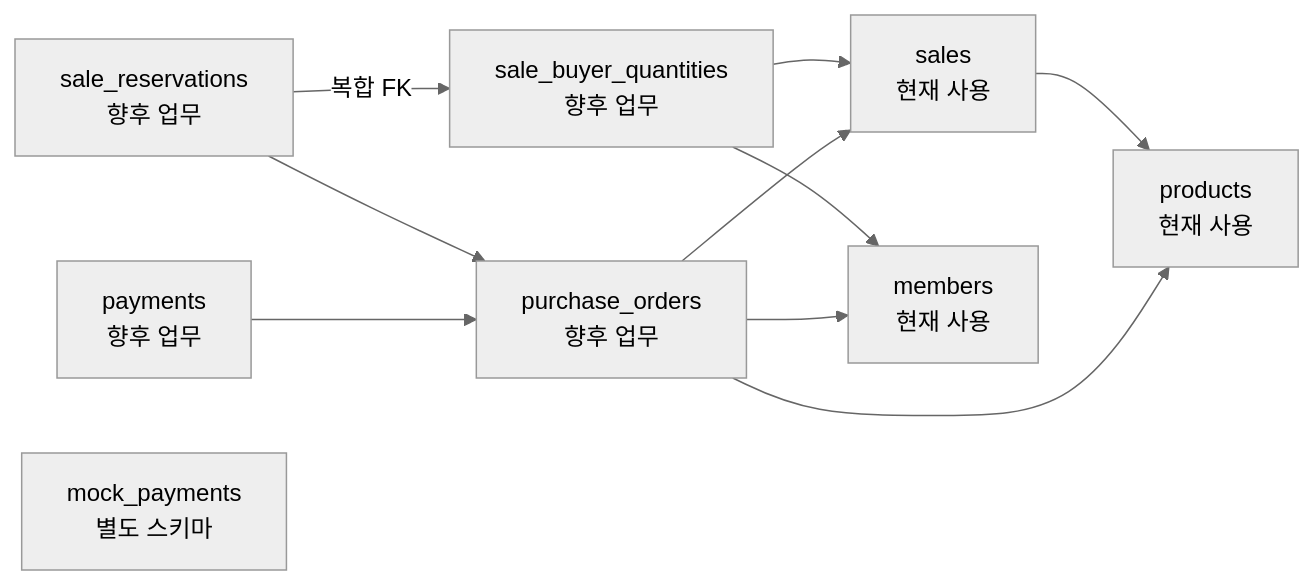
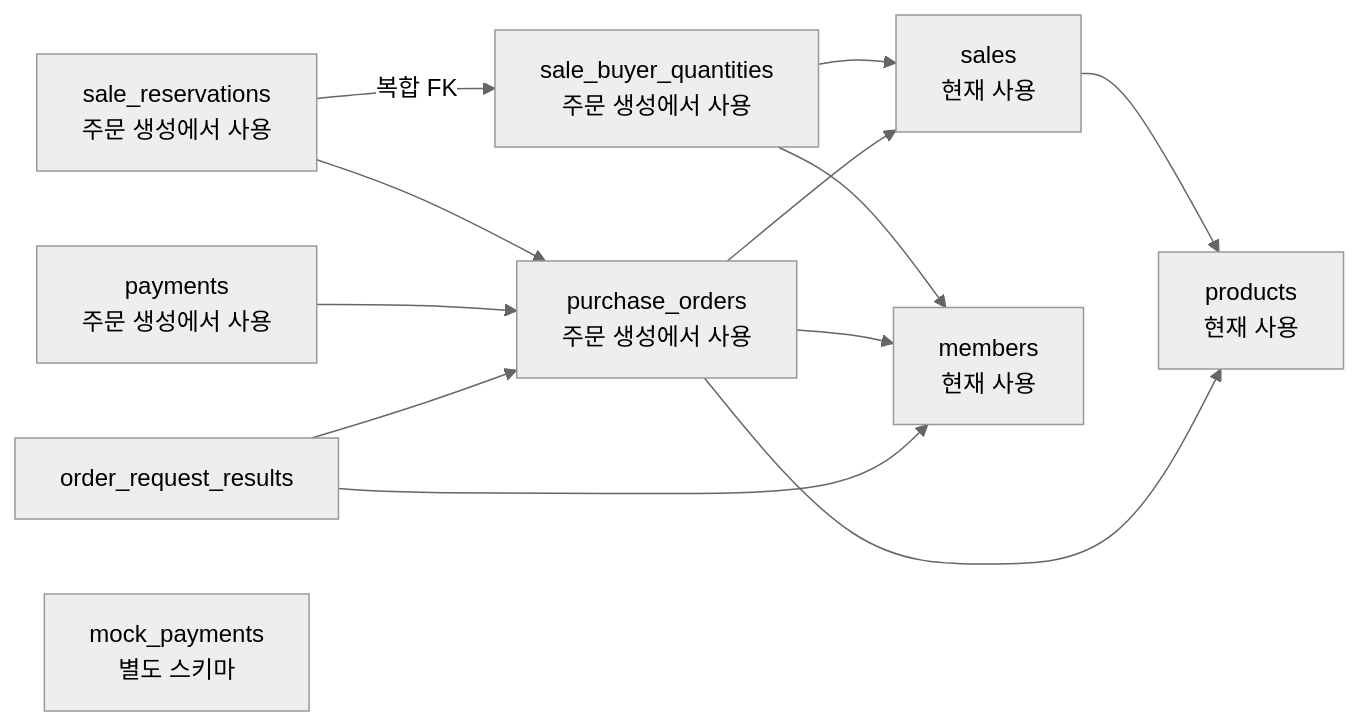
The first of 3 diagrams in docs/wiki/persistence.md (Wooyongjeong/limited-sale), drawn with Mermaid (neutral theme) before and after one commit. The commit also changed other lines of this file and 11 other files, not shown here.

Commit message:
docs: explain order reservation contracts and transaction flows

````diff
--- a/docs/wiki/persistence.md
+++ b/docs/wiki/persistence.md
@@ -9,13 +9,15 @@
 ```mermaid
 flowchart LR
-    B["sale_buyer_quantities<br/>향후 업무"] --> S["sales<br/>현재 사용"]
+    B["sale_buyer_quantities<br/>주문 생성에서 사용"] --> S["sales<br/>현재 사용"]
     B --> M["members<br/>현재 사용"]
     S --> P["products<br/>현재 사용"]
-    O["purchase_orders<br/>향후 업무"] --> M
+    O["purchase_orders<br/>주문 생성에서 사용"] --> M
     O --> S
     O --> P
-    R["sale_reservations<br/>향후 업무"] --> O
+    R["sale_reservations<br/>주문 생성에서 사용"] --> O
     R -->|복합 FK| B
-    Y["payments<br/>향후 업무"] --> O
+    Y["payments<br/>주문 생성에서 사용"] --> O
+    Q["order_request_results"] --> M
+    Q --> O
     PG["mock_payments<br/>별도 스키마"]
 ```
````
